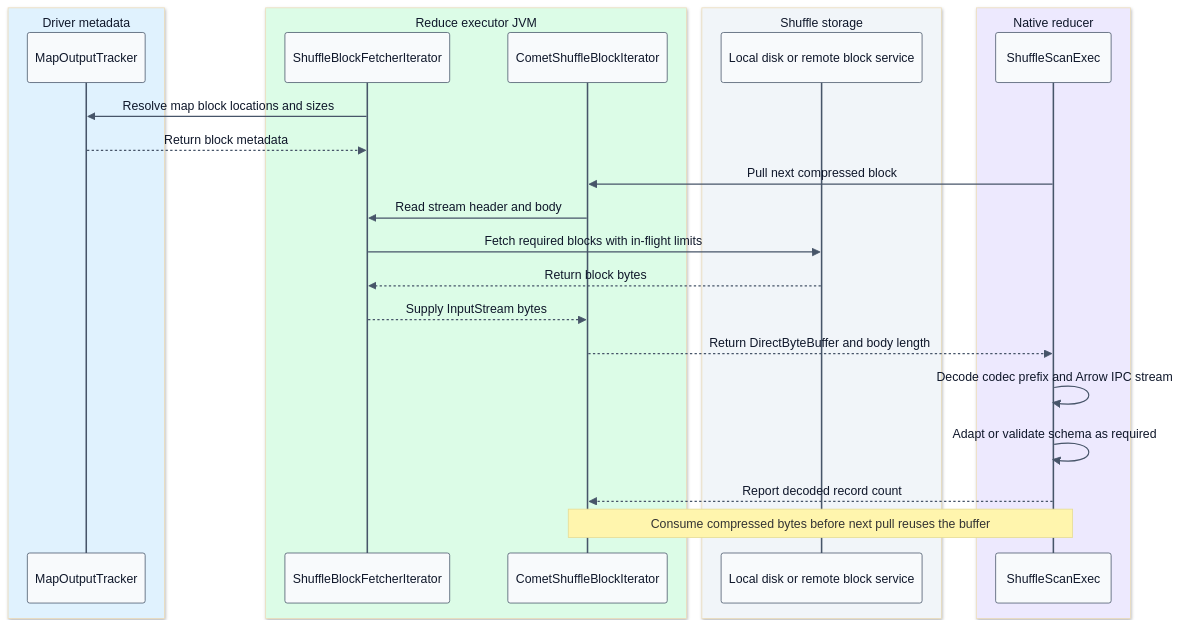
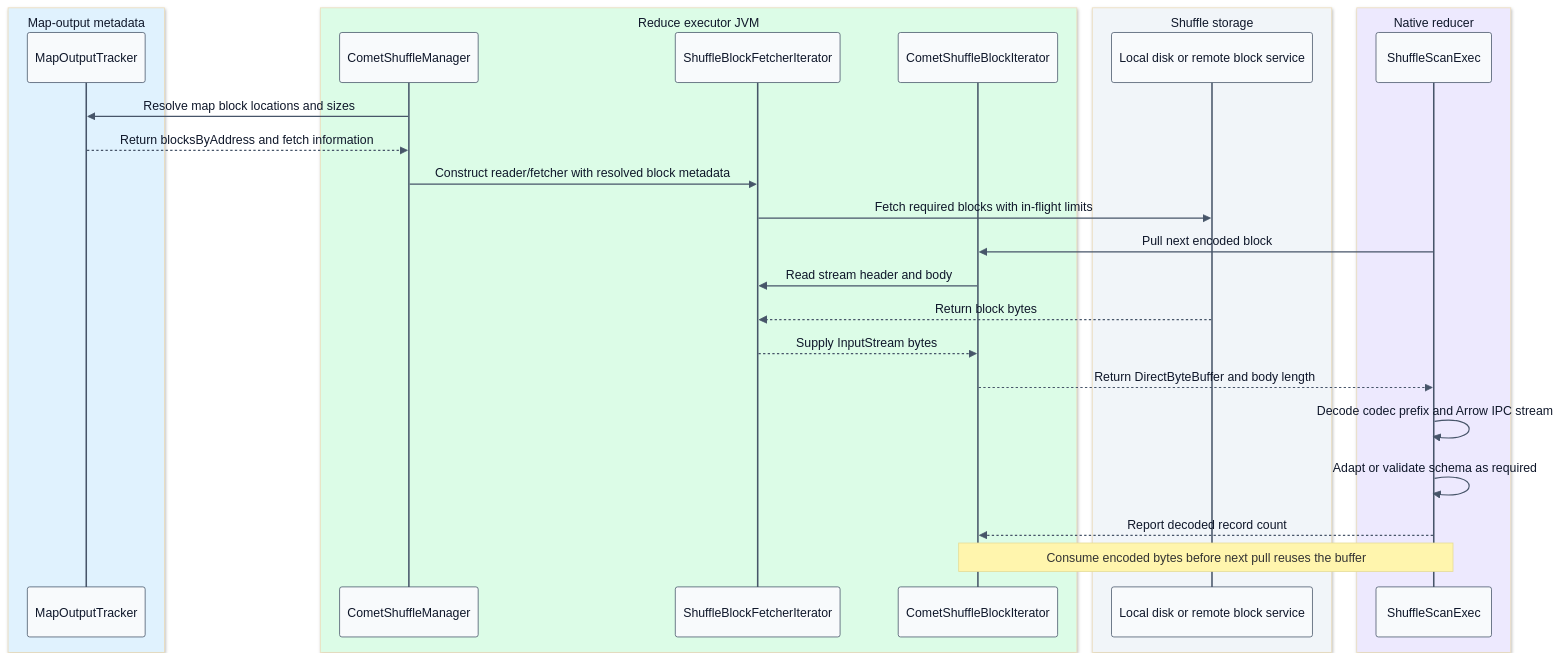
One commit to Shekharrajak/iceberg-notes changed the diagram in iceberg-batch-pipeline/diagrams/05-shuffle-fetch-and-decode-sequence.mmd. Above: the diagram before and after it, drawn with Mermaid. The commit also changed 72 other files, not shown here.

```diff
--- a/iceberg-batch-pipeline/diagrams/05-shuffle-fetch-and-decode-sequence.mmd
+++ b/iceberg-batch-pipeline/diagrams/05-shuffle-fetch-and-decode-sequence.mmd
@@ -1,27 +1,29 @@
 %%{init: {"theme":"base","themeVariables":{"fontFamily":"Ubuntu, Arial, sans-serif","fontSize":"15px","primaryTextColor":"#0f172a","lineColor":"#64748b","actorBkg":"#f8fafc","actorBorder":"#475569","actorTextColor":"#0f172a","signalColor":"#475569","signalTextColor":"#0f172a"}}}%%
 sequenceDiagram
-  box rgb(224, 242, 254) Driver metadata
+  box rgb(224, 242, 254) Map-output metadata
     participant M as MapOutputTracker
   end
   box rgb(220, 252, 231) Reduce executor JVM
+    participant R as CometShuffleManager
     participant F as ShuffleBlockFetcherIterator
     participant B as CometShuffleBlockIterator
   end
   box rgb(241, 245, 249) Shuffle storage
     participant S as Local disk or remote block service
   end
   box rgb(237, 233, 254) Native reducer
     participant N as ShuffleScanExec
   end
-  F->>M: Resolve map block locations and sizes
-  M-->>F: Return block metadata
-  N->>B: Pull next compressed block
+  R->>M: Resolve map block locations and sizes
+  M-->>R: Return blocksByAddress and fetch information
+  R->>F: Construct reader/fetcher with resolved block metadata
+  F->>S: Fetch required blocks with in-flight limits
+  N->>B: Pull next encoded block
   B->>F: Read stream header and body
-  F->>S: Fetch required blocks with in-flight limits
   S-->>F: Return block bytes
   F-->>B: Supply InputStream bytes
   B-->>N: Return DirectByteBuffer and body length
   N->>N: Decode codec prefix and Arrow IPC stream
   N->>N: Adapt or validate schema as required
   N-->>B: Report decoded record count
-  Note over B,N: Consume compressed bytes before next pull reuses the buffer
+  Note over B,N: Consume encoded bytes before next pull reuses the buffer
```
